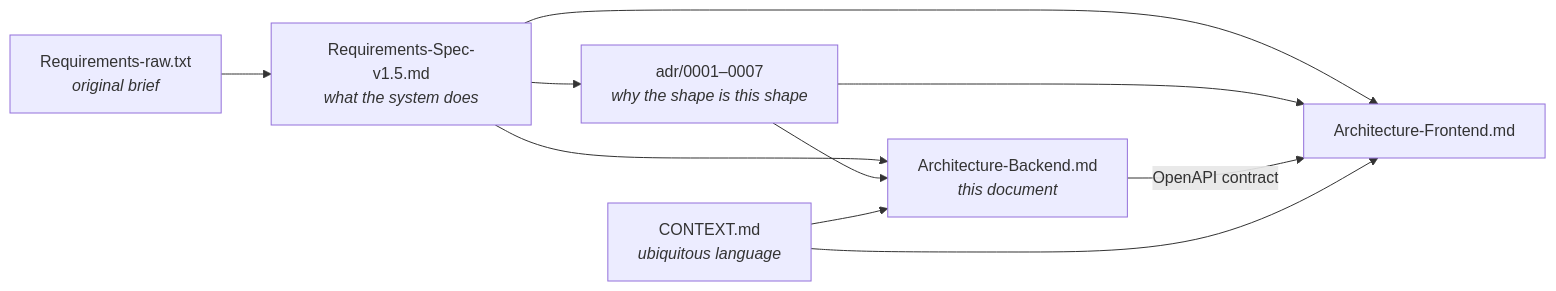
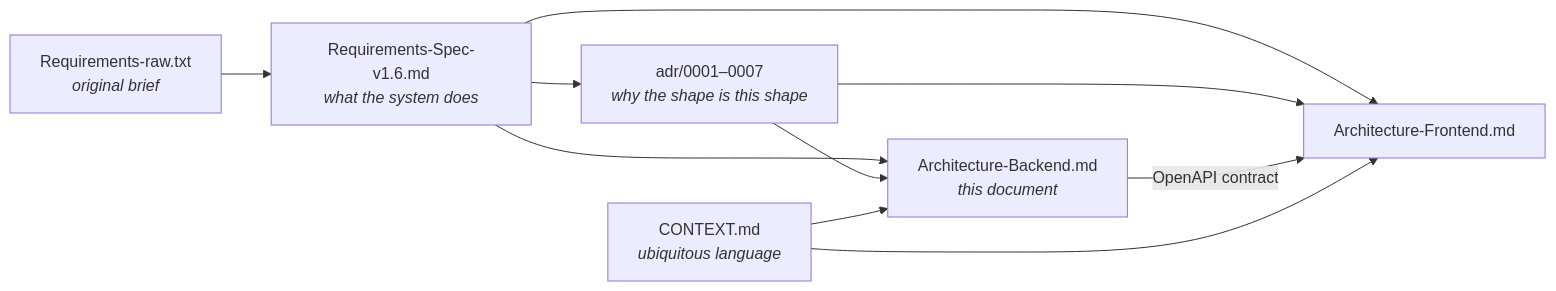
One commit to shabibmr/karat-hive changed the first of 7 diagrams in docs/architecture/Architecture-Backend.md. Above: the diagram before and after it, drawn with Mermaid. The commit also changed other lines of this file and 41 other files, not shown here.

````diff
--- a/docs/architecture/Architecture-Backend.md
+++ b/docs/architecture/Architecture-Backend.md
@@ -77,12 +77,12 @@
 ```mermaid
 flowchart LR
-    RAW["Requirements-raw.txt<br/><i>original brief</i>"] --> SRS["Requirements-Spec-v1.5.md<br/><i>what the system does</i>"]
+    RAW["Requirements-raw.txt<br/><i>original brief</i>"] --> SRS["Requirements-Spec-v1.6.md<br/><i>what the system does</i>"]
     SRS --> ADR["adr/0001–0007<br/><i>why the shape is this shape</i>"]
     SRS --> BE["Architecture-Backend.md<br/><i>this document</i>"]
     SRS --> FE["Architecture-Frontend.md"]
     ADR --> BE
     ADR --> FE
     BE -->|OpenAPI contract| FE
     CTX["CONTEXT.md<br/><i>ubiquitous language</i>"] --> BE
     CTX --> FE
 ```
````
